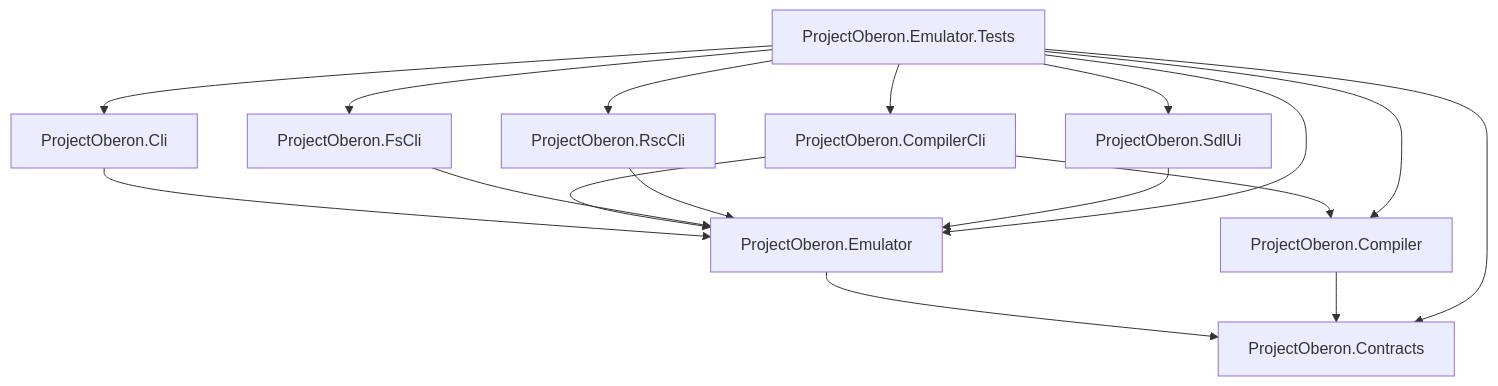
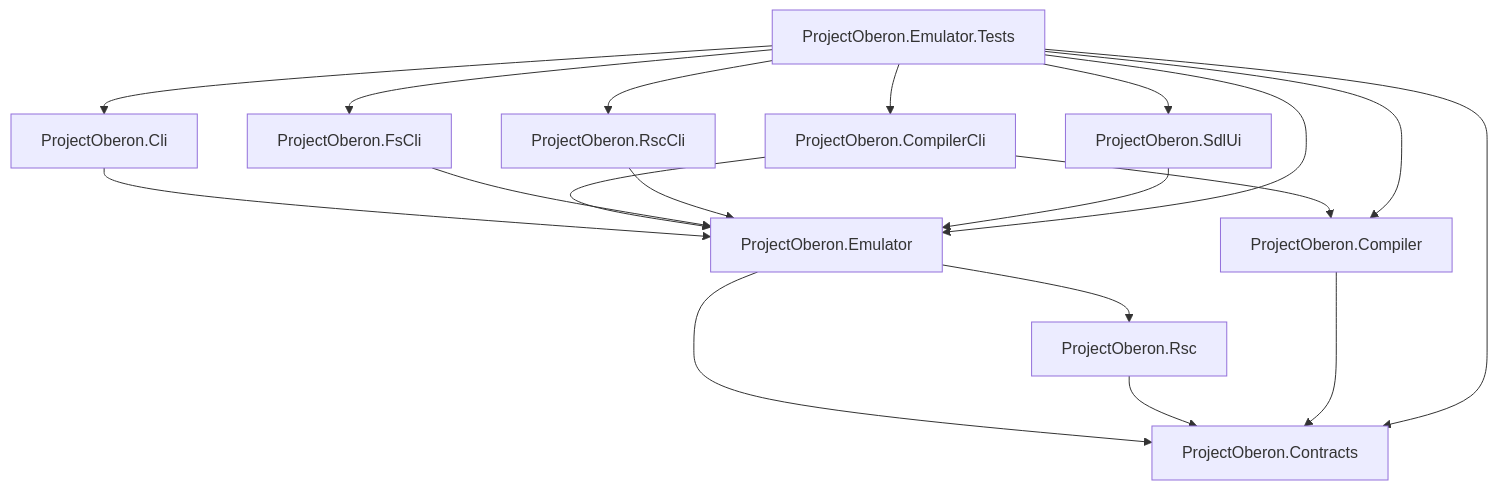
The diagram in docs/architecture.md (berkankarakus/ProjectOberon.NET), drawn with Mermaid before and after one commit. The commit also changed other lines of this file and 2 other files, not shown here.

Commit message:
docs: describe RSC format layer

````diff
--- a/docs/architecture.md
+++ b/docs/architecture.md
@@ -7,29 +7,32 @@
 ```mermaid
 flowchart TD
     Contracts[ProjectOberon.Contracts]
+    RscLib[ProjectOberon.Rsc]
     Core[ProjectOberon.Emulator]
     CompilerLib[ProjectOberon.Compiler]
     Cli[ProjectOberon.Cli]
     Compiler[ProjectOberon.CompilerCli]
     Fs[ProjectOberon.FsCli]
     Rsc[ProjectOberon.RscCli]
     Sdl[ProjectOberon.SdlUi]
     Tests[ProjectOberon.Emulator.Tests]
 
     Core --> Contracts
+    RscLib --> Contracts
+    Core --> RscLib
     CompilerLib --> Contracts
     Cli --> Core
     Compiler --> Core
     Compiler --> CompilerLib
     Fs --> Core
     Rsc --> Core
     Sdl --> Core
     Tests --> Contracts
     Tests --> Core
     Tests --> CompilerLib
     Tests --> Cli
     Tests --> Compiler
     Tests --> Fs
     Tests --> Rsc
     Tests --> Sdl
 ```
````
